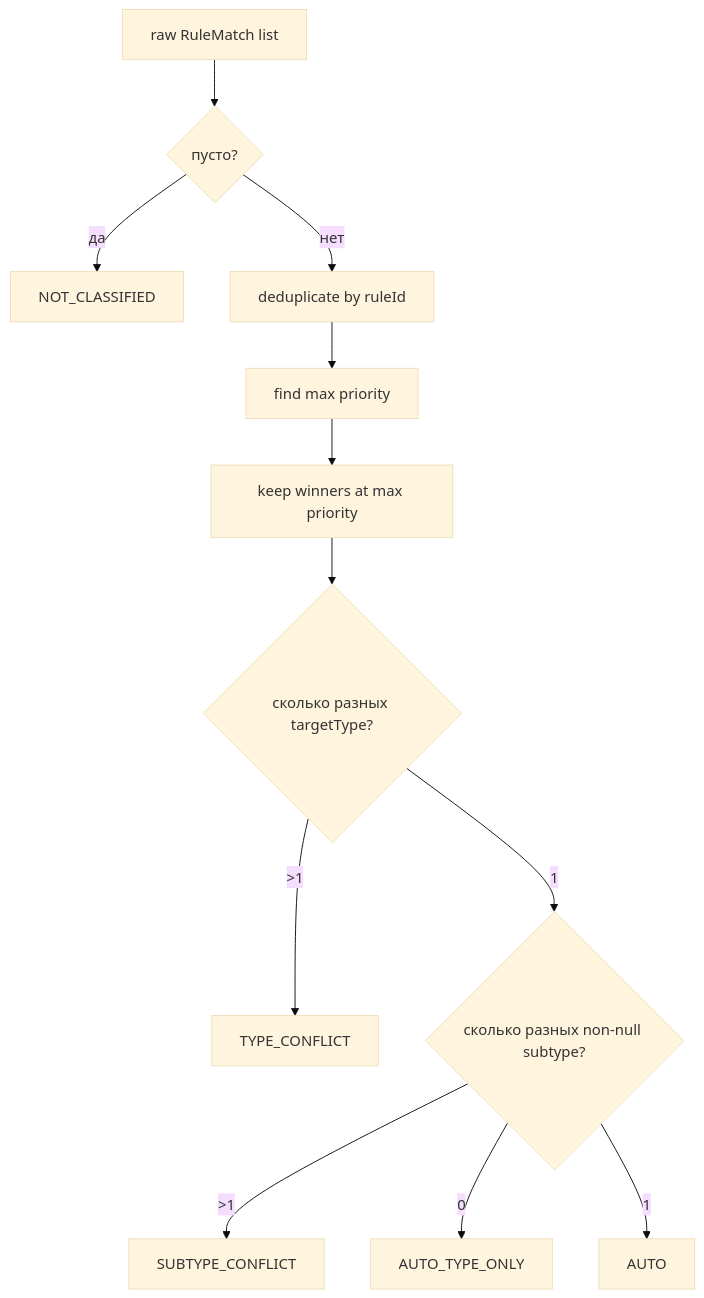
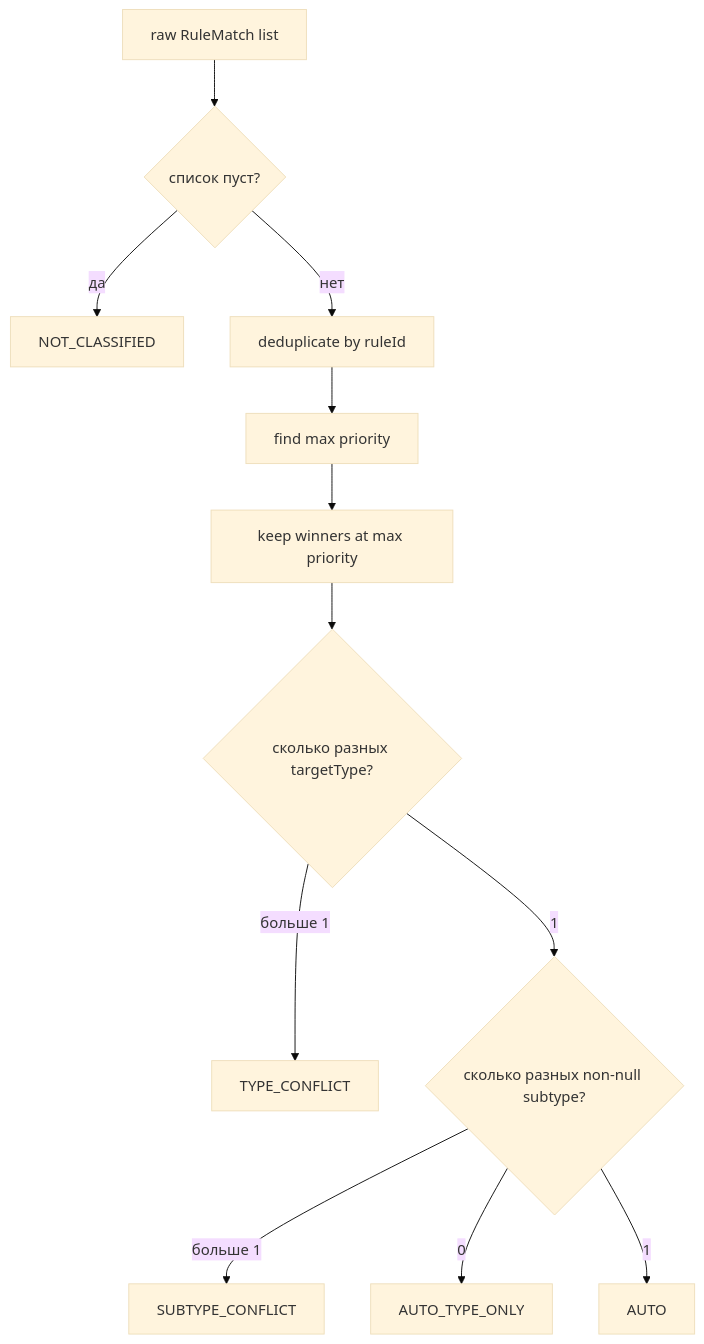
One commit to GAbra/itam-asset-typing-benchmark changed the ninth of 9 diagrams in docs/ENGINE_IMPLEMENTATION_RU.md. Above: the diagram before and after it, drawn with Mermaid (base theme). The commit also changed other lines of this file, not shown here.

Commit message:
Fix Mermaid syntax in Russian engine implementation

````diff
--- a/docs/ENGINE_IMPLEMENTATION_RU.md
+++ b/docs/ENGINE_IMPLEMENTATION_RU.md
@@ -332,14 +274,14 @@
 ```mermaid
 flowchart TD
-    I[raw RuleMatch list] --> E{пусто?}
-    E -->|да| N[NOT_CLASSIFIED]
-    E -->|нет| D[deduplicate by ruleId]
-    D --> P[find max priority]
-    P --> W[keep winners at max priority]
-    W --> T{сколько разных targetType?}
-    T -->|>1| TC[TYPE_CONFLICT]
-    T -->|1| S{сколько разных non-null subtype?}
-    S -->|>1| SC[SUBTYPE_CONFLICT]
-    S -->|0| TO[AUTO_TYPE_ONLY]
-    S -->|1| A[AUTO]
+    I["raw RuleMatch list"] --> E{"список пуст?"}
+    E -->|да| N["NOT_CLASSIFIED"]
+    E -->|нет| D["deduplicate by ruleId"]
+    D --> P["find max priority"]
+    P --> W["keep winners at max priority"]
+    W --> T{"сколько разных targetType?"}
+    T -->|больше 1| TC["TYPE_CONFLICT"]
+    T -->|1| S{"сколько разных non-null subtype?"}
+    S -->|больше 1| SC["SUBTYPE_CONFLICT"]
+    S -->|0| TO["AUTO_TYPE_ONLY"]
+    S -->|1| A["AUTO"]
 ```
````
